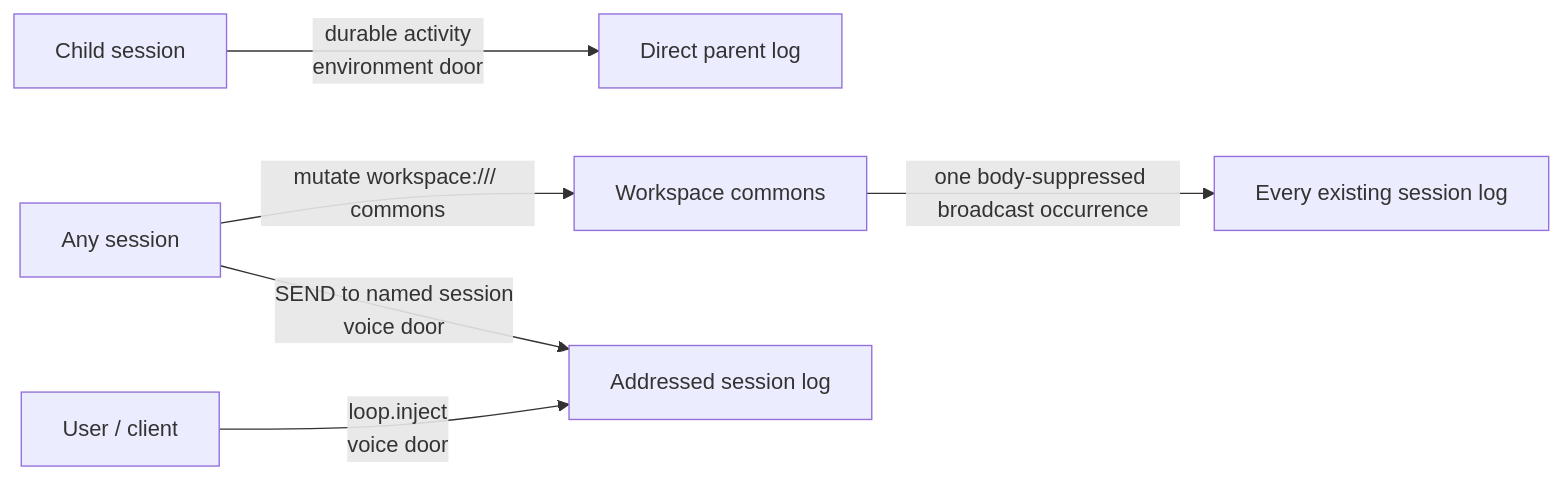
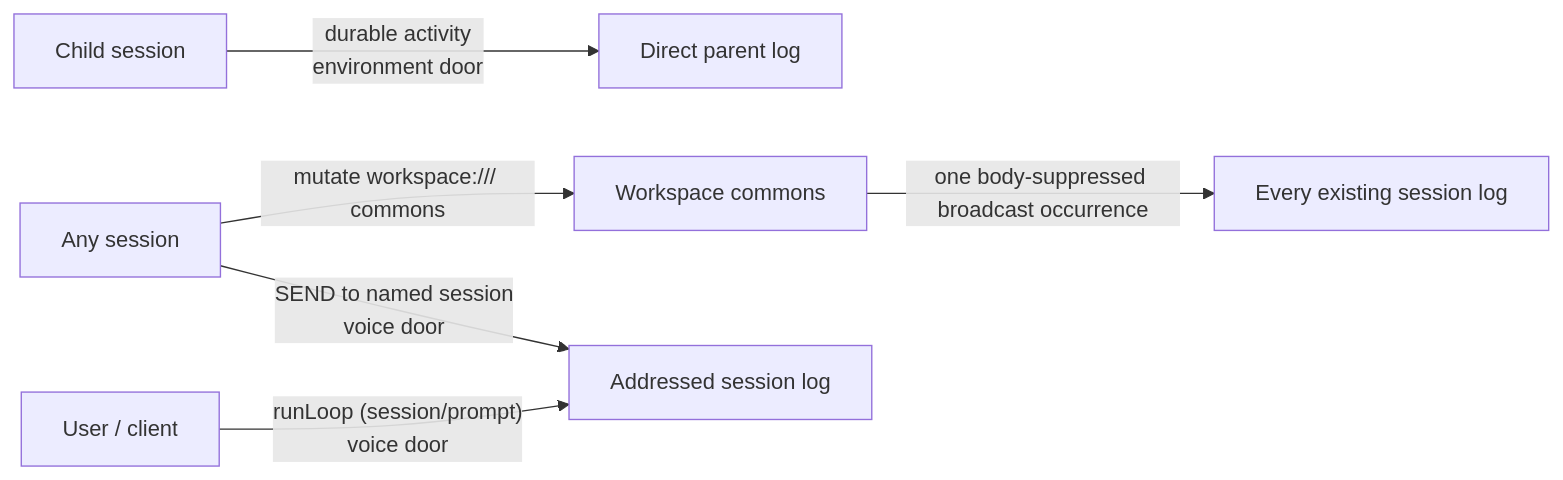
Before and after one commit to plurnk/plurnk-service: the third of 11 diagrams in plurnk-core/SPEC.md, drawn with Mermaid. The commit also changed other lines of this file and 18 other files, not shown here.

````diff
--- a/plurnk-core/SPEC.md
+++ b/plurnk-core/SPEC.md
@@ -139,8 +139,8 @@
 ```mermaid
 flowchart LR
     child["Child session"] -->|"durable activity<br/>environment door"| parent["Direct parent log"]
     actor["Any session"] -->|"mutate workspace:/// commons"| commons["Workspace commons"]
     commons -->|"one body-suppressed broadcast occurrence"| logs["Every existing session log"]
     actor -->|"SEND to named session<br/>voice door"| log["Addressed session log"]
-    client["User / client"] -->|"loop.inject<br/>voice door"| log
+    client["User / client"] -->|"runLoop (session/prompt)<br/>voice door"| log
 ```
````
